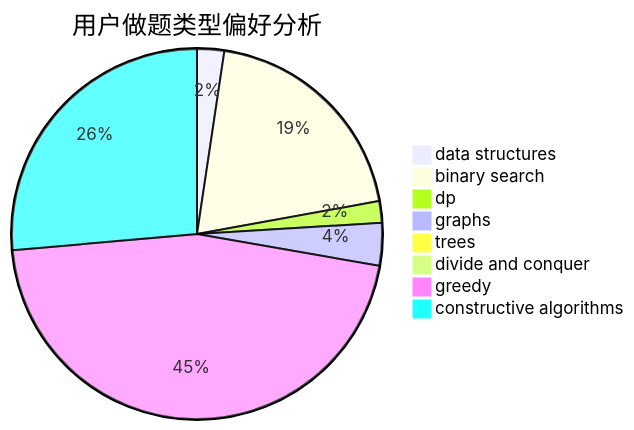
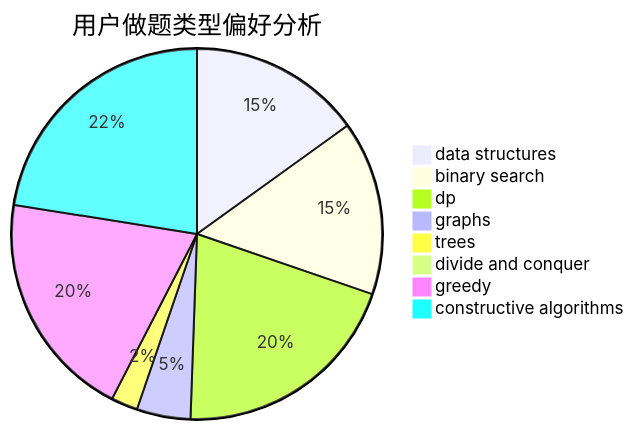
Before and after one commit to sherpahu/cfrs.github.io: the second of 3 diagrams in docs/user/u1204.md, drawn with Mermaid. The commit also changed other lines of this file and 2770 other files, not shown here.

````diff
--- a/docs/user/u1204.md
+++ b/docs/user/u1204.md
@@ -23,11 +23,11 @@
 ```mermaid
 pie title 用户做题类型偏好分析
-    "data structures" :  35
-    "binary search" :  293
-    "dp" :  28
-    "graphs" :  55
-    "trees" :  10
-    "divide and conquer" :  13
-    "greedy" :  679
-    "constructive algorithms" :  391
+    "data structures" :  337
+    "binary search" :  340
+    "dp" :  454
+    "graphs" :  105
+    "trees" :  52
+    "divide and conquer" :  6
+    "greedy" :  446
+    "constructive algorithms" :  503
 ```
````
